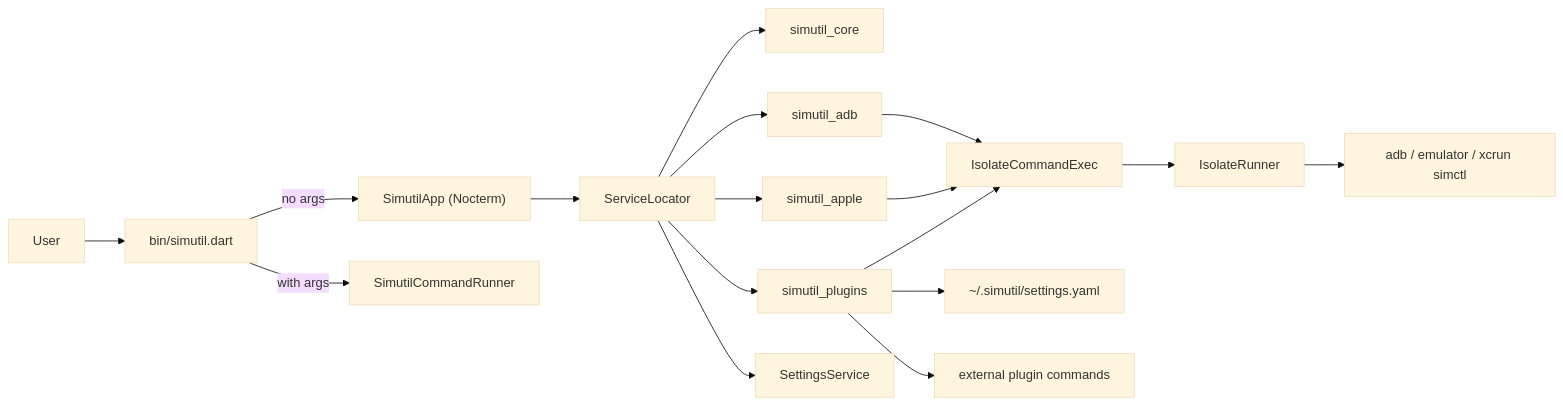
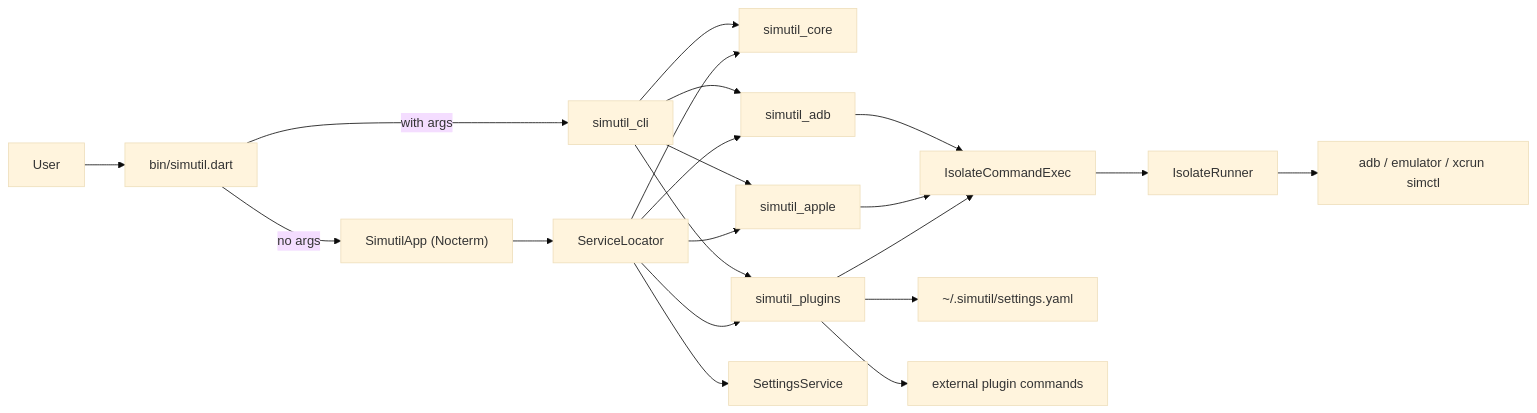
One commit to dungngminh/simutil changed the diagram in docs/ai/architecture.md. Above: the diagram before and after it, drawn with Mermaid (base theme). The commit also changed other lines of this file and 4 other files, not shown here.

First line of the commit message:
docs: architecture and deploy for simutil_cli

````diff
--- a/docs/ai/architecture.md
+++ b/docs/ai/architecture.md
@@ -52,19 +52,23 @@
 ```mermaid
 flowchart LR
     User[User] --> Bin["bin/simutil.dart"]
     Bin -->|"no args"| App["SimutilApp (Nocterm)"]
-    Bin -->|"with args"| CLI["SimutilCommandRunner"]
+    Bin -->|"with args"| CLI["simutil_cli"]
+    CLI --> Core
+    CLI --> Adb
+    CLI --> Apple
+    CLI --> Plugins
     App --> Locator["ServiceLocator"]
     Locator --> Core["simutil_core"]
     Locator --> Adb["simutil_adb"]
     Locator --> Apple["simutil_apple"]
     Locator --> Plugins["simutil_plugins"]
     Locator --> Settings["SettingsService"]
     Adb --> Exec["IsolateCommandExec"]
     Apple --> Exec
     Plugins --> Exec
     Exec --> Runner["IsolateRunner"]
     Runner --> Shell["adb / emulator / xcrun simctl"]
     Plugins --> SettingsYaml["~/.simutil/settings.yaml"]
     Plugins --> PluginShell["external plugin commands"]
 ```
````
